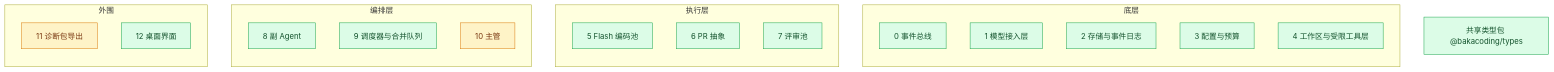
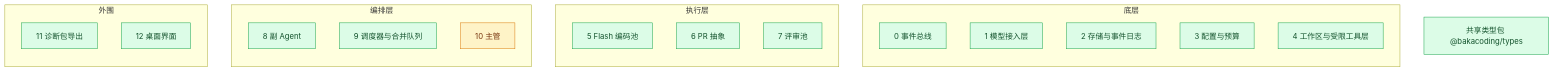
The diagram in docs/progress.md (Akarin7784/BakaCoding), drawn with Mermaid before and after one commit. The commit also changed other lines of this file, not shown here.

Commit message:
docs(progress): T-060 已合入（#64, 4c739e8），模块 11 回到已完成

````diff
--- a/docs/progress.md
+++ b/docs/progress.md
@@ -11,32 +11,32 @@
 ```mermaid
 flowchart BT
   subgraph 底层
     M0[0 事件总线]
     M1[1 模型接入层]
     M2[2 存储与事件日志]
     M3[3 配置与预算]
     M4[4 工作区与受限工具层]
   end
   subgraph 执行层
     M5[5 Flash 编码池]
     M6[6 PR 抽象]
     M7[7 评审池]
   end
   subgraph 编排层
     M8[8 副 Agent]
     M9[9 调度器与合并队列]
     M10[10 主管]
   end
   subgraph 外围
     M11[11 诊断包导出]
     M12[12 桌面界面]
   end
   T[共享类型包 @bakacoding/types]
 
   classDef todo fill:#f1f5f9,stroke:#94a3b8,color:#334155
   classDef doing fill:#fef3c7,stroke:#d97706,color:#78350f
   classDef done fill:#dcfce7,stroke:#16a34a,color:#14532d
 
-  class M0,M1,M2,M3,M4,M5,M6,M7,M8,M9,M12,T done
-  class M10,M11 doing
+  class M0,M1,M2,M3,M4,M5,M6,M7,M8,M9,M11,M12,T done
+  class M10 doing
 ```
````
